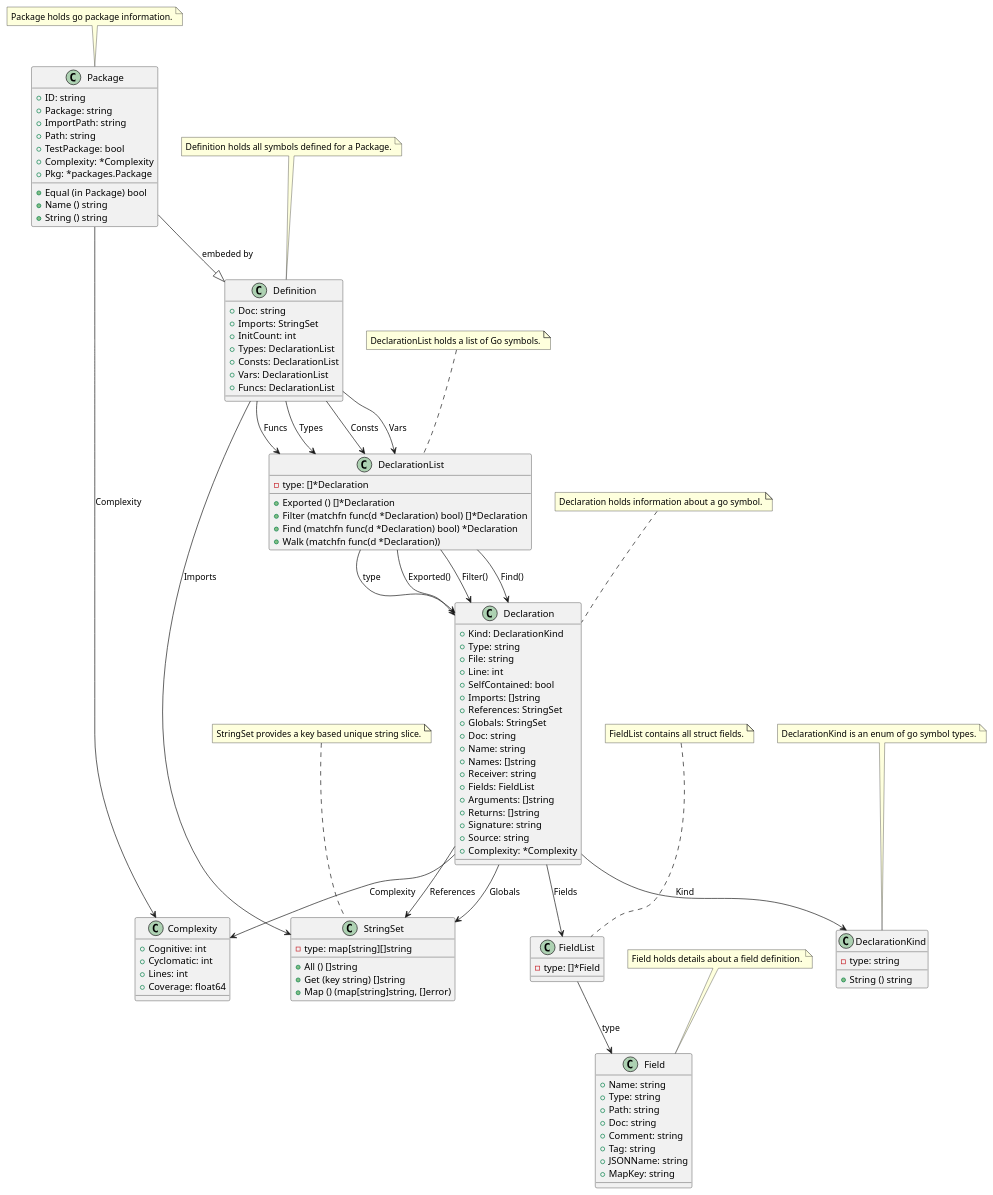
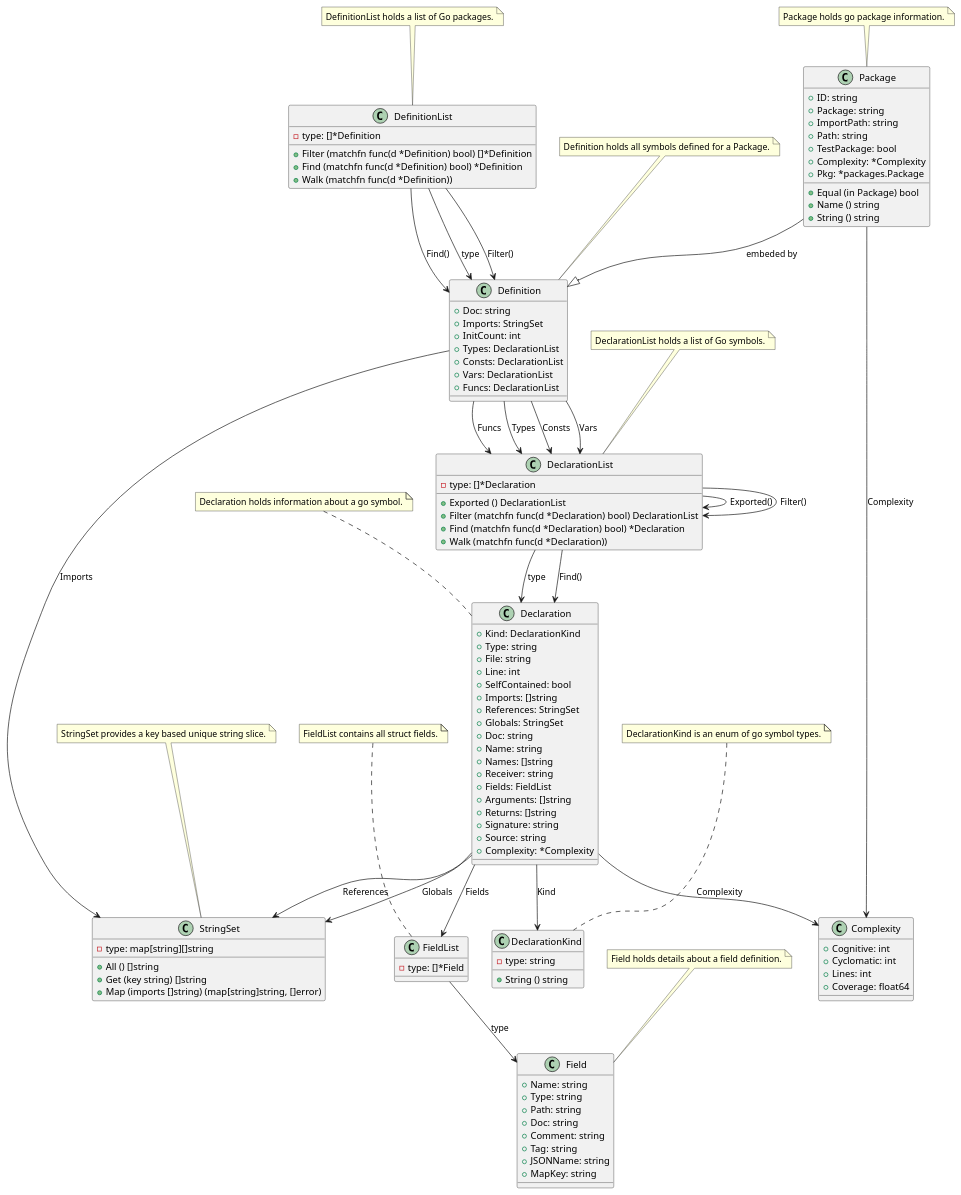
The diagram in cmd/go-fsck/model/restored/go-fsck.puml (titpetric/exp), drawn with PlantUML before and after one commit. The commit also changed 29 other files, not shown here.

```diff
--- a/cmd/go-fsck/model/restored/go-fsck.puml
+++ b/cmd/go-fsck/model/restored/go-fsck.puml
@@ -1,156 +1,172 @@
 @startuml
 
 class Complexity {
   + Cognitive: int
   + Cyclomatic: int
   + Lines: int
   + Coverage: float64
 }
 
 class Declaration {
   + Kind: DeclarationKind
   + Type: string
   + File: string
   + Line: int
   + SelfContained: bool
   + Imports: []string
   + References: StringSet
   + Globals: StringSet
   + Doc: string
   + Name: string
   + Names: []string
   + Receiver: string
   + Fields: FieldList
   + Arguments: []string
   + Returns: []string
   + Signature: string
   + Source: string
   + Complexity: *Complexity
 }
 
 class DeclarationKind {
   - type: string
   + String () string
 }
 
 class DeclarationList {
   - type: []*Declaration
-  + Exported () []*Declaration
-  + Filter (matchfn func(d *Declaration) bool) []*Declaration
+  + Exported () DeclarationList
+  + Filter (matchfn func(d *Declaration) bool) DeclarationList
   + Find (matchfn func(d *Declaration) bool) *Declaration
   + Walk (matchfn func(d *Declaration))
 }
 
 class Definition {
   + Doc: string
   + Imports: StringSet
   + InitCount: int
   + Types: DeclarationList
   + Consts: DeclarationList
   + Vars: DeclarationList
   + Funcs: DeclarationList
+}
+
+class DefinitionList {
+  - type: []*Definition
+  + Filter (matchfn func(d *Definition) bool) []*Definition
+  + Find (matchfn func(d *Definition) bool) *Definition
+  + Walk (matchfn func(d *Definition))
 }
 
 class Field {
   + Name: string
   + Type: string
   + Path: string
   + Doc: string
   + Comment: string
   + Tag: string
   + JSONName: string
   + MapKey: string
 }
 
 class FieldList {
   - type: []*Field
 }
 
 class Package {
   + ID: string
   + Package: string
   + ImportPath: string
   + Path: string
   + TestPackage: bool
   + Complexity: *Complexity
   + Pkg: *packages.Package
   + Equal (in Package) bool
   + Name () string
   + String () string
 }
 
 class StringSet {
   - type: map[string][]string
   + All () []string
   + Get (key string) []string
-  + Map () (map[string]string, []error)
+  + Map (imports []string) (map[string]string, []error)
 }
 
 
 Declaration --> DeclarationKind : Kind
 Declaration --> StringSet : References
 Declaration --> StringSet : Globals
 Declaration --> FieldList : Fields
 Declaration --> Complexity : Complexity
 
 note top of Declaration
 Declaration holds information about a go symbol.
 end note
 
 
 
 note top of DeclarationKind
 DeclarationKind is an enum of go symbol types.
 end note
 
 
 DeclarationList --> Declaration : type
 
 note top of DeclarationList
 DeclarationList holds a list of Go symbols.
 end note
 
 
-DeclarationList --> Declaration : Exported()
-DeclarationList --> Declaration : Filter()
+DeclarationList --> DeclarationList : Exported()
+DeclarationList --> DeclarationList : Filter()
 DeclarationList --> Declaration : Find()
 Package --|> Definition : embeded by
 Definition --> StringSet : Imports
 Definition --> DeclarationList : Types
 Definition --> DeclarationList : Consts
 Definition --> DeclarationList : Vars
 Definition --> DeclarationList : Funcs
 
 note top of Definition
 Definition holds all symbols defined for a Package.
 end note
 
 
+DefinitionList --> Definition : type
+
+note top of DefinitionList
+DefinitionList holds a list of Go packages.
+end note
+
+
+DefinitionList --> Definition : Filter()
+DefinitionList --> Definition : Find()
 
 note top of Field
 Field holds details about a field definition.
 end note
 
 
 FieldList --> Field : type
 
 note top of FieldList
 FieldList contains all struct fields.
 end note
 
 
 Package --> Complexity : Complexity
 
 note top of Package
 Package holds go package information.
 end note
 
 
 
 note top of StringSet
 StringSet provides a key based unique string slice.
 end note
 
 
 
 @enduml
```
